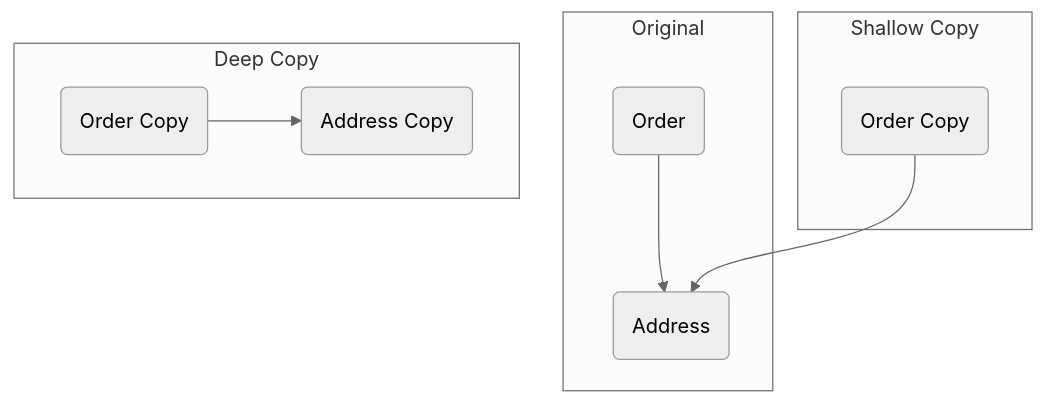
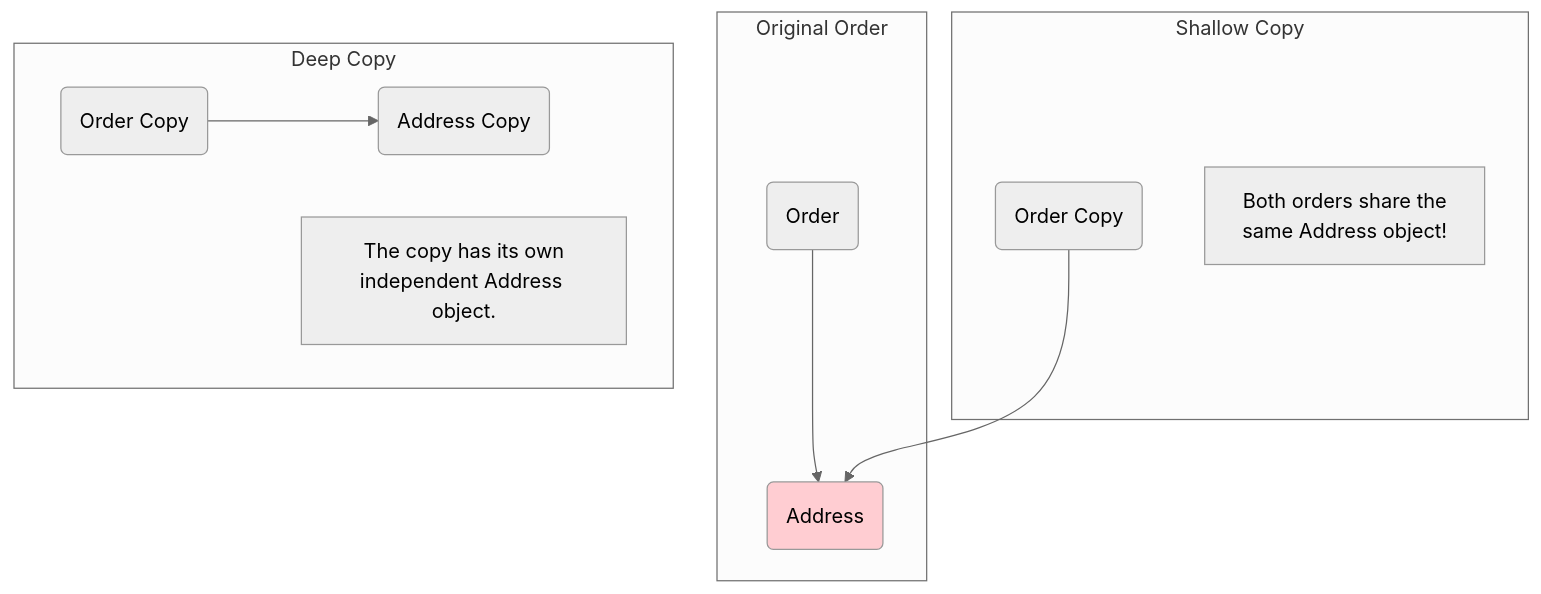
The fourth of 4 diagrams in java-notes/04-Advanced-OOP/README.md (abhinandanpawar/Learning), drawn with Mermaid (neutral theme) before and after one commit. The commit also changed other lines of this file and 9 other files, not shown here.

````diff
--- a/java-notes/04-Advanced-OOP/README.md
+++ b/java-notes/04-Advanced-OOP/README.md
@@ -240,12 +256,15 @@
     ```mermaid
     graph TD
-        subgraph Original
+        subgraph "Original Order"
             O1(Order) --> A1(Address)
         end
-        subgraph Shallow Copy
+        subgraph "Shallow Copy"
             O2(Order Copy) --> A1
+            note_s["Both orders share the<br>same Address object!"]
         end
-        subgraph Deep Copy
+        subgraph "Deep Copy"
             O3(Order Copy) --> A2(Address Copy)
+            note_d["The copy has its own<br>independent Address object."]
         end
+        style A1 fill:#ffcdd2
     ```
````
